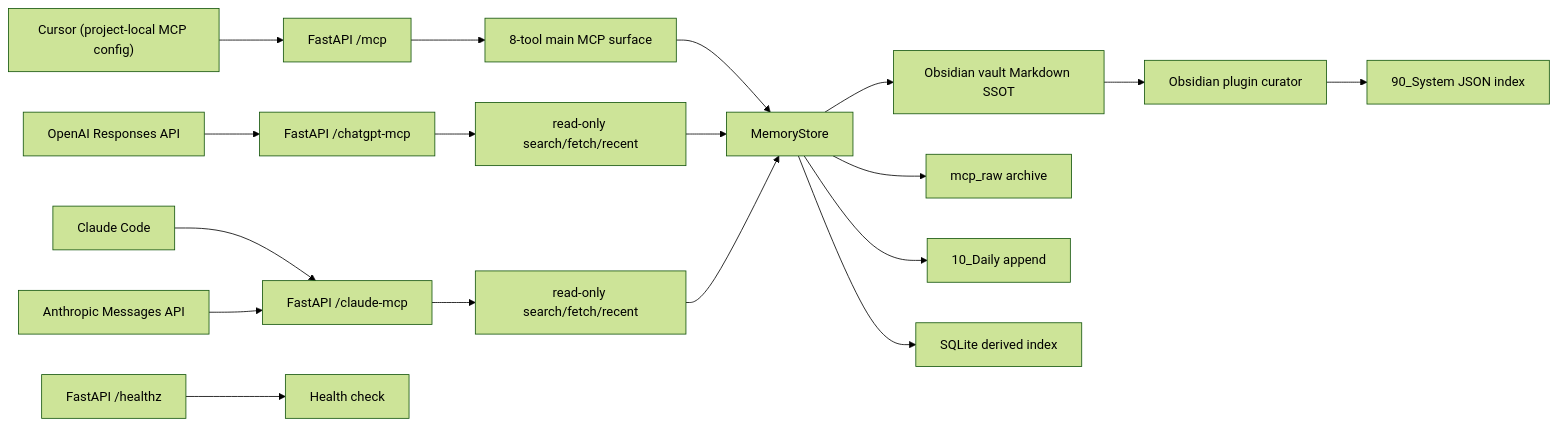
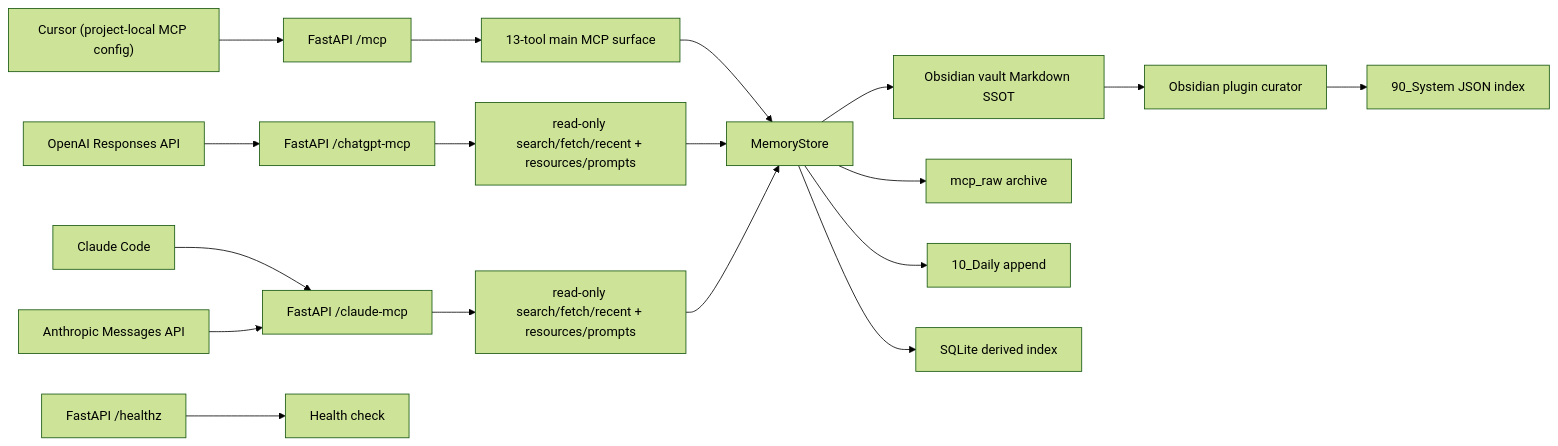
Before and after one commit to macho715/mcp_obsi: the first of 4 diagrams in README.md, drawn with Mermaid (forest theme). The commit also changed other lines of this file and 282 other files, not shown here.

````diff
--- a/README.md
+++ b/README.md
@@ -242,27 +294,27 @@
 ```mermaid
 flowchart LR
     Cursor["Cursor (project-local MCP config)"]
     Claude["Claude Code"]
     OpenAI["OpenAI Responses API"]
     Anthropic["Anthropic Messages API"]
 
     Cursor --> MCP["FastAPI /mcp"]
     Claude --> CMCP["FastAPI /claude-mcp"]
     OpenAI --> GMCP["FastAPI /chatgpt-mcp"]
     Anthropic --> CMCP
 
-    MCP --> Tools["8-tool main MCP surface"]
-    GMCP --> GTools["read-only search/fetch/recent"]
-    CMCP --> CTools["read-only search/fetch/recent"]
+    MCP --> Tools["13-tool main MCP surface"]
+    GMCP --> GTools["read-only search/fetch/recent + resources/prompts"]
+    CMCP --> CTools["read-only search/fetch/recent + resources/prompts"]
     Tools --> MemoryStore[MemoryStore]
     GTools --> MemoryStore
     CTools --> MemoryStore
     MemoryStore --> Vault["Obsidian vault Markdown SSOT"]
     MemoryStore --> Raw["mcp_raw archive"]
     MemoryStore --> Daily["10_Daily append"]
     MemoryStore --> Index["SQLite derived index"]
     Vault --> Plugin["Obsidian plugin curator"]
     Plugin --> SystemIndex["90_System JSON index"]
 
     Healthz["FastAPI /healthz"] --> Ops["Health check"]
 ```
````
